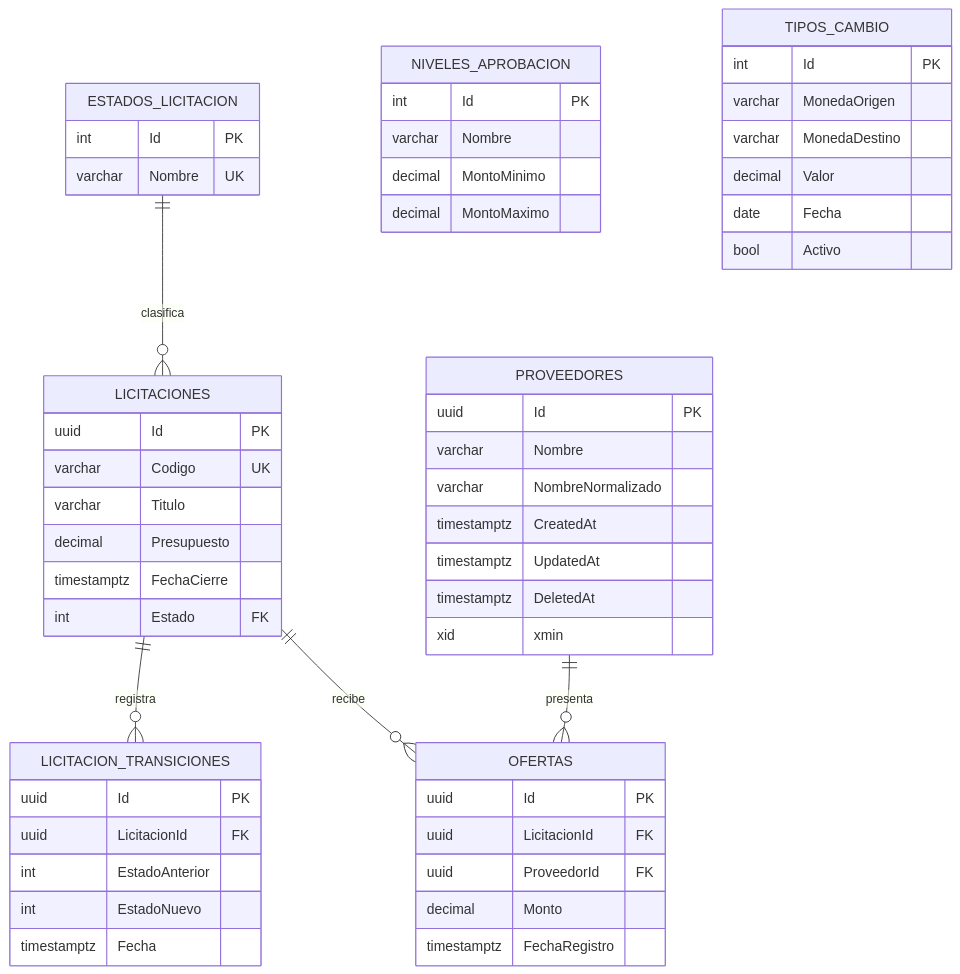
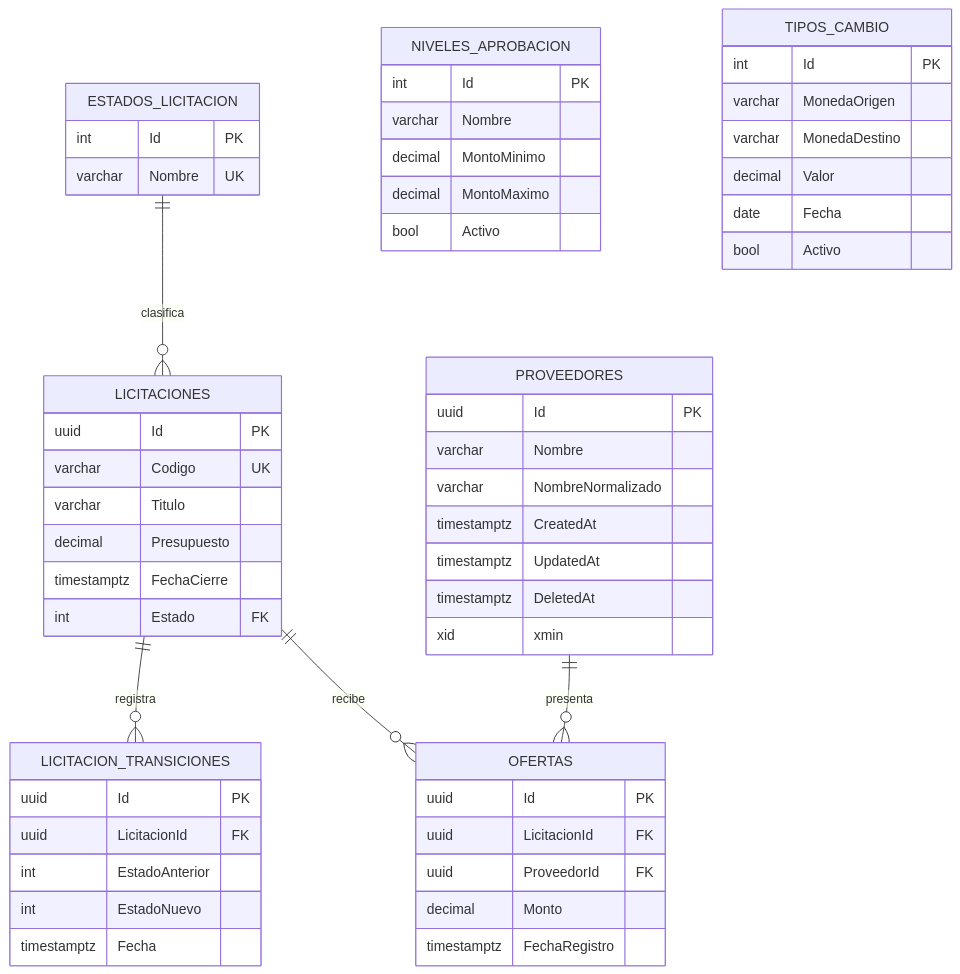
Before and after one commit to Seidy06/Sistema_Licitaciones_XP: the diagram in docs/modelo-datos.md, drawn with Mermaid. The commit also changed other lines of this file and 5 other files, not shown here.

````diff
--- a/docs/modelo-datos.md
+++ b/docs/modelo-datos.md
@@ -5,42 +5,43 @@
 ```mermaid
 erDiagram
     ESTADOS_LICITACION ||--o{ LICITACIONES : clasifica
     LICITACIONES ||--o{ LICITACION_TRANSICIONES : registra
     LICITACIONES ||--o{ OFERTAS : recibe
     PROVEEDORES ||--o{ OFERTAS : presenta
     PROVEEDORES { uuid Id PK
         varchar Nombre
         varchar NombreNormalizado
         timestamptz CreatedAt
         timestamptz UpdatedAt
         timestamptz DeletedAt
         xid xmin }
     ESTADOS_LICITACION { int Id PK
         varchar Nombre UK }
     LICITACIONES { uuid Id PK
         varchar Codigo UK
         varchar Titulo
         decimal Presupuesto
         timestamptz FechaCierre
         int Estado FK }
     LICITACION_TRANSICIONES { uuid Id PK
         uuid LicitacionId FK
         int EstadoAnterior
         int EstadoNuevo
         timestamptz Fecha }
     OFERTAS { uuid Id PK
         uuid LicitacionId FK
         uuid ProveedorId FK
         decimal Monto
         timestamptz FechaRegistro }
     NIVELES_APROBACION { int Id PK
         varchar Nombre
         decimal MontoMinimo
-        decimal MontoMaximo }
+        decimal MontoMaximo
+        bool Activo }
     TIPOS_CAMBIO { int Id PK
         varchar MonedaOrigen
         varchar MonedaDestino
         decimal Valor
         date Fecha
         bool Activo }
 ```
````
